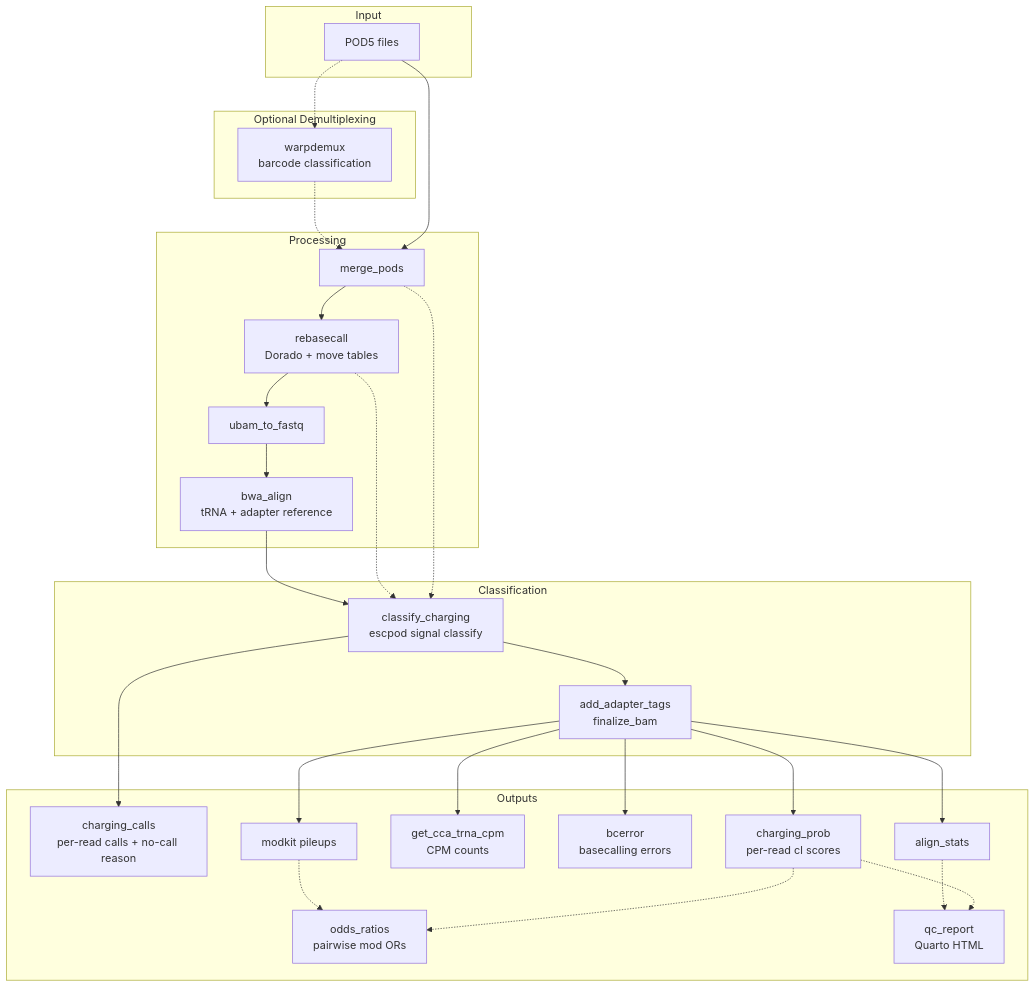
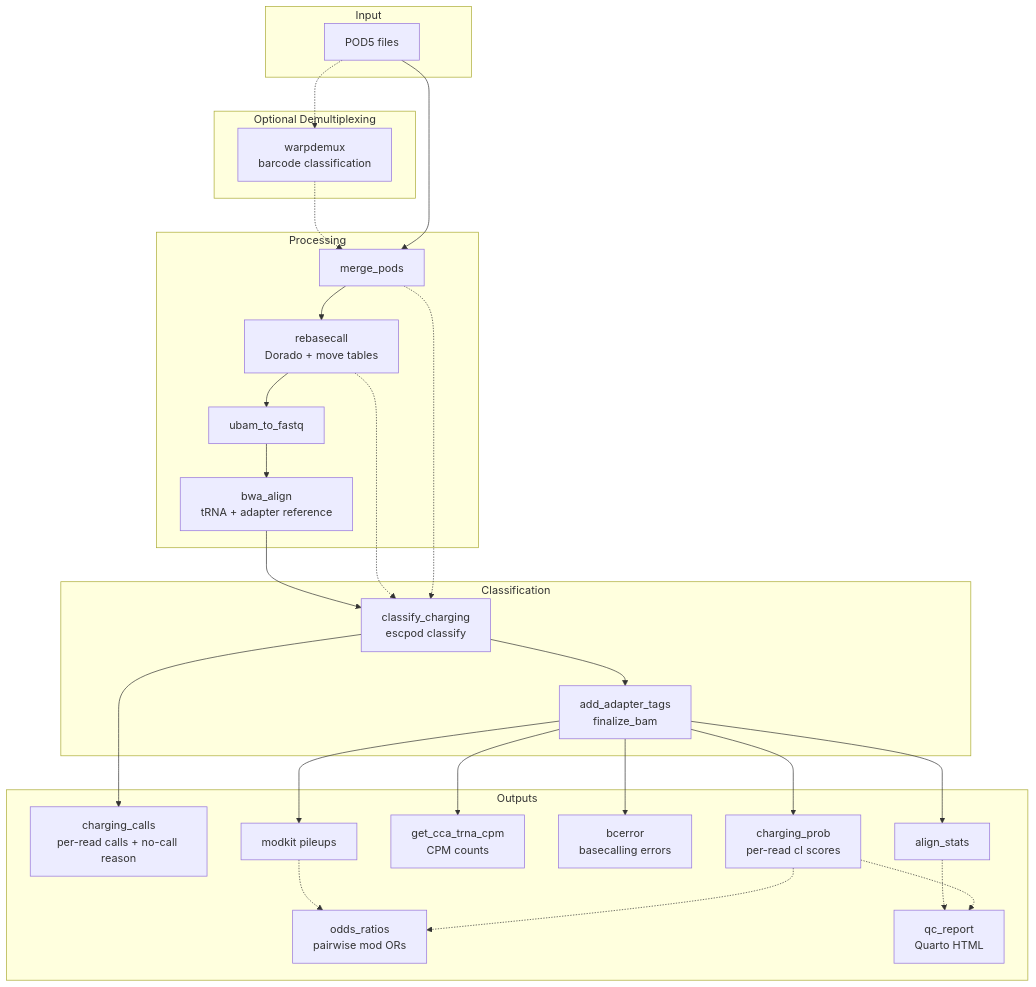
One commit to rnabioco/aa-tRNA-seq-pipeline changed the diagram in README.md. Above: the diagram before and after it, drawn with Mermaid. The commit also changed other lines of this file and 22 other files, not shown here.

````diff
--- a/README.md
+++ b/README.md
@@ -96,40 +96,40 @@
 ```mermaid
 flowchart TD
     subgraph Input
         POD5[POD5 files]
     end
 
     subgraph Demux [Optional Demultiplexing]
         W[warpdemux<br/>barcode classification]
     end
 
     subgraph Processing
         A[merge_pods] --> B[rebasecall<br/>Dorado + move tables]
         B --> C[ubam_to_fastq]
         C --> D[bwa_align<br/>tRNA + adapter reference]
     end
 
     subgraph Classification
-        D --> F[classify_charging<br/>escpod signal classify]
+        D --> F[classify_charging<br/>escpod classify]
         B -.-> F
         A -.-> F
         F --> G[add_adapter_tags<br/>finalize_bam]
     end
 
     subgraph Outputs
         F --> CC[charging_calls<br/>per-read calls + no-call reason]
         G --> H[charging_prob<br/>per-read cl scores]
         G --> I[get_cca_trna_cpm<br/>CPM counts]
         G --> J[bcerror<br/>basecalling errors]
         G --> K[align_stats]
         G --> L[modkit pileups]
         L -.-> M[odds_ratios<br/>pairwise mod ORs]
         H -.-> M
         K -.-> N[qc_report<br/>Quarto HTML]
         H -.-> N
     end
 
     POD5 -.-> W
     W -.-> A
     POD5 --> A
 ```
````
